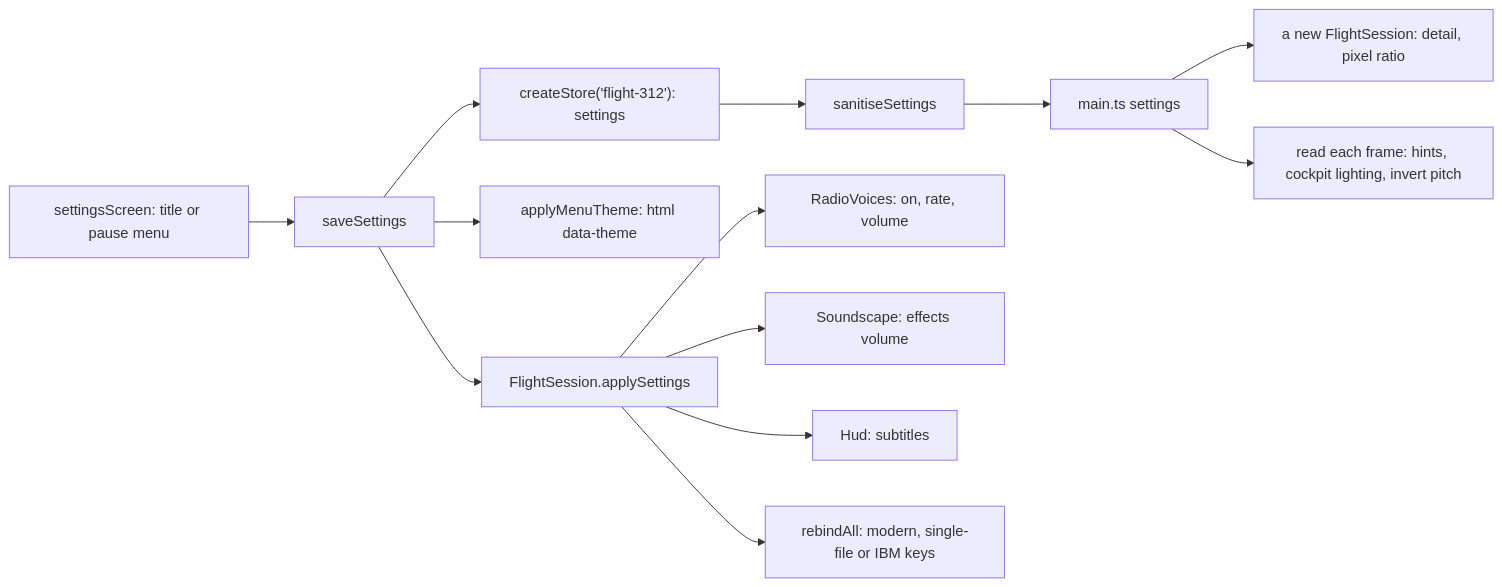
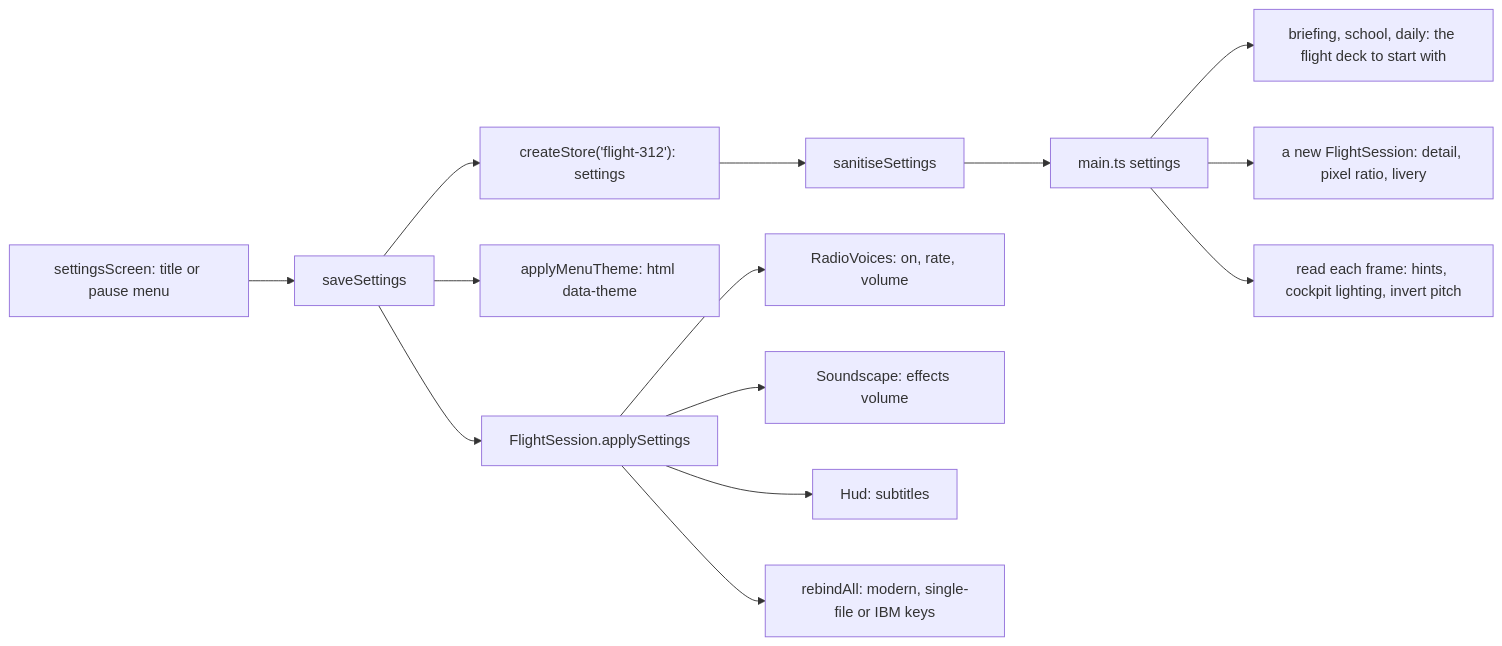
Before and after one commit to agunawijaya/NeoArcade: diagram 14 of 14 in ports/flight-312/docs/ARCHITECTURE.md, drawn with Mermaid. The commit also changed other lines of this file and 125 other files, not shown here.

First line of the commit message:
Add the glass cockpit, flight school, Daily Approach and replays to Flight 312

````diff
--- a/ports/flight-312/docs/ARCHITECTURE.md
+++ b/ports/flight-312/docs/ARCHITECTURE.md
@@ -665,15 +1015,16 @@
 ```mermaid
 flowchart LR
   store["createStore('flight-312'): settings"] --> sanitise["sanitiseSettings"]
   sanitise --> main["main.ts settings"]
   screen["settingsScreen: title or pause menu"] --> save["saveSettings"]
   save --> store
   save --> theme["applyMenuTheme: html data-theme"]
   save --> apply["FlightSession.applySettings"]
   apply --> voices["RadioVoices: on, rate, volume"]
   apply --> sound["Soundscape: effects volume"]
   apply --> hud["Hud: subtitles"]
   apply --> keys["rebindAll: modern, single-file or IBM keys"]
-  main --> newFlight["a new FlightSession: detail, pixel ratio"]
+  main --> briefing["briefing, school, daily: the flight deck to start with"]
+  main --> newFlight["a new FlightSession: detail, pixel ratio, livery"]
   main --> perFrame["read each frame: hints, cockpit lighting, invert pitch"]
 ```
````
